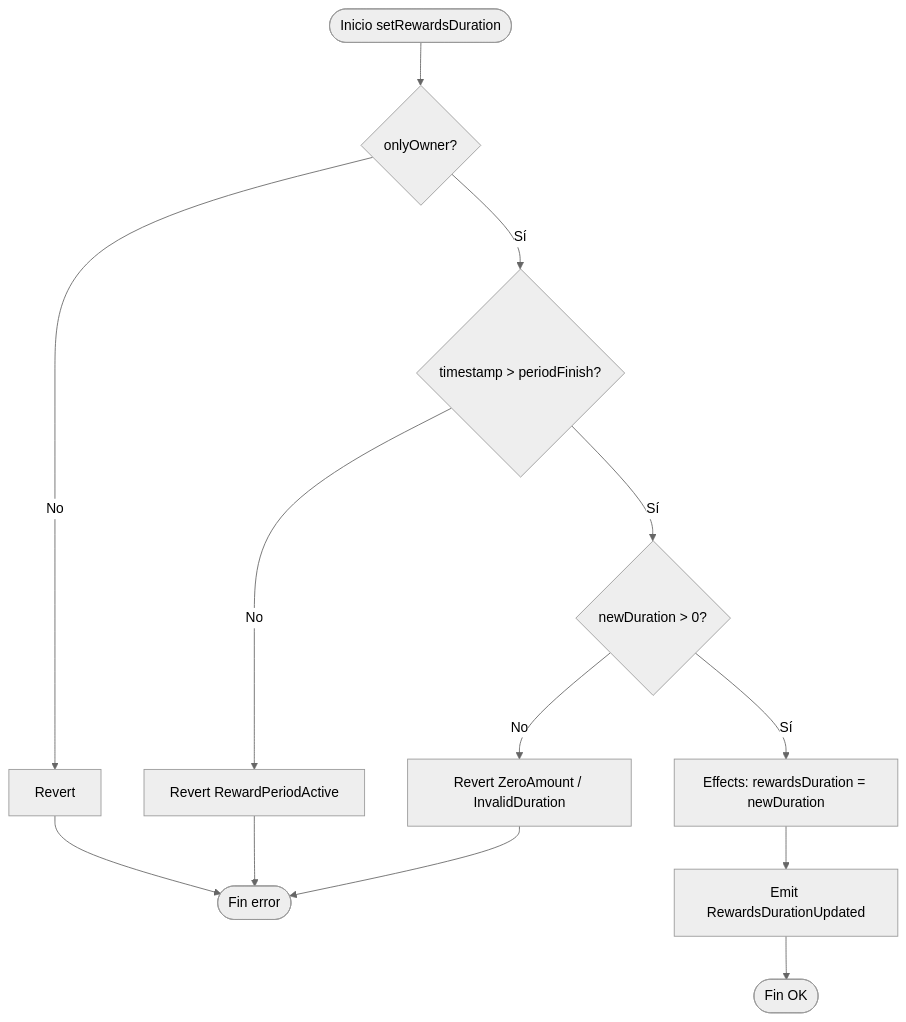
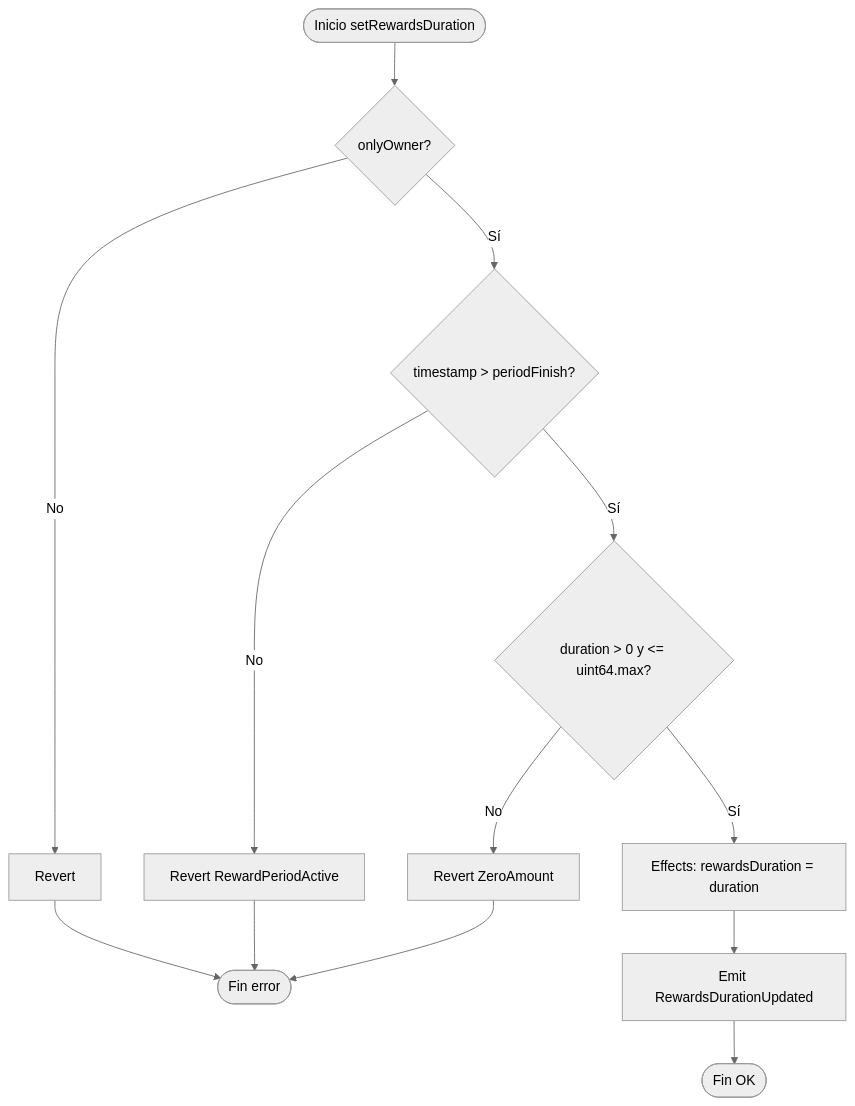
Before and after one commit to rastrahm/staking: the eighth of 10 diagrams in doc/03-flujograma.md, drawn with Mermaid (neutral theme). The commit also changed other lines of this file and 9 other files, not shown here.

````diff
--- a/doc/03-flujograma.md
+++ b/doc/03-flujograma.md
@@ -129,15 +158,15 @@
 ```mermaid
 flowchart TD
     A([Inicio setRewardsDuration]) --> B{onlyOwner?}
     B -->|No| C[Revert]
     C --> Z([Fin error])
     B -->|Sí| D{timestamp > periodFinish?}
     D -->|No| E[Revert RewardPeriodActive]
     E --> Z
-    D -->|Sí| F{newDuration > 0?}
-    F -->|No| G[Revert ZeroAmount / InvalidDuration]
+    D -->|Sí| F{duration > 0 y <= uint64.max?}
+    F -->|No| G[Revert ZeroAmount]
     G --> Z
-    F -->|Sí| H[Effects: rewardsDuration = newDuration]
+    F -->|Sí| H[Effects: rewardsDuration = duration]
     H --> I[Emit RewardsDurationUpdated]
     I --> J([Fin OK])
 ```
````
